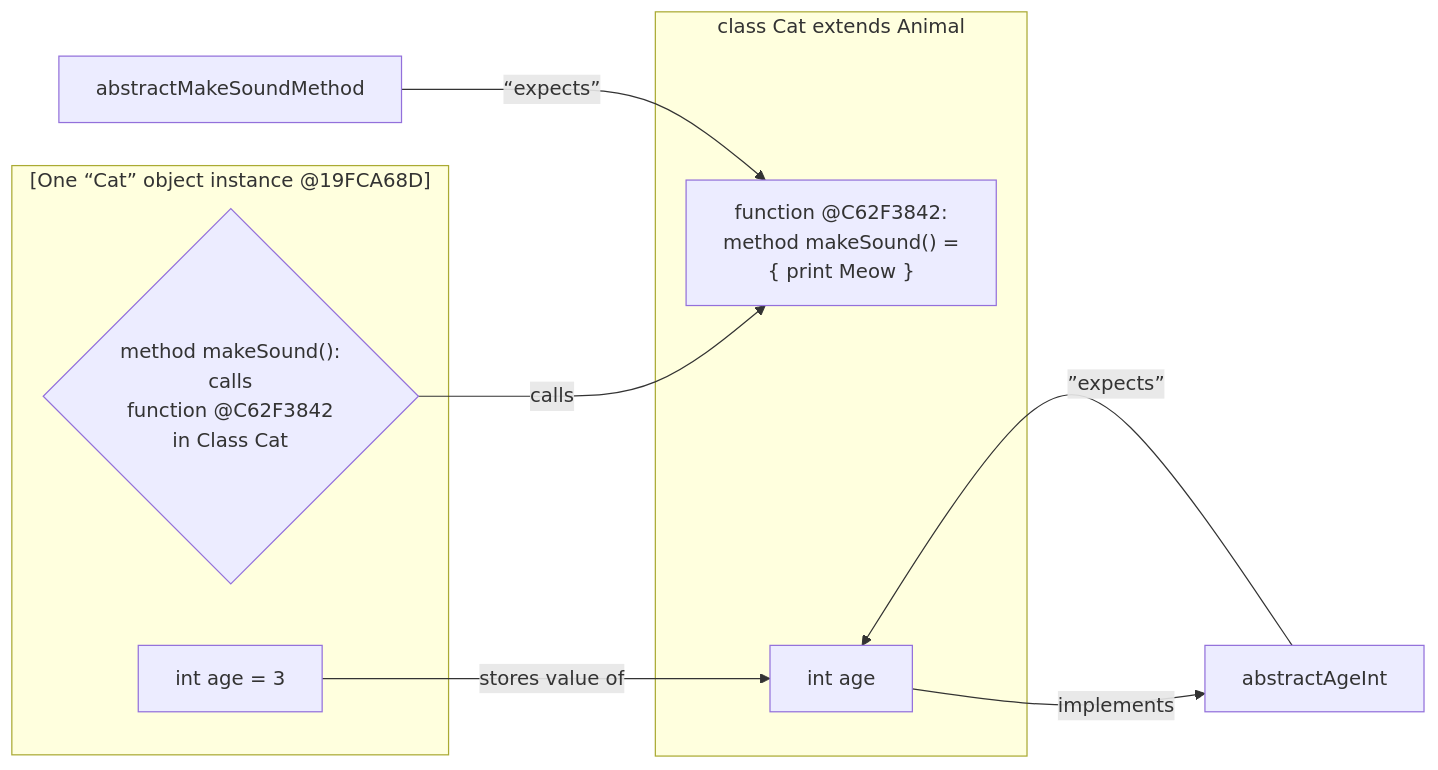
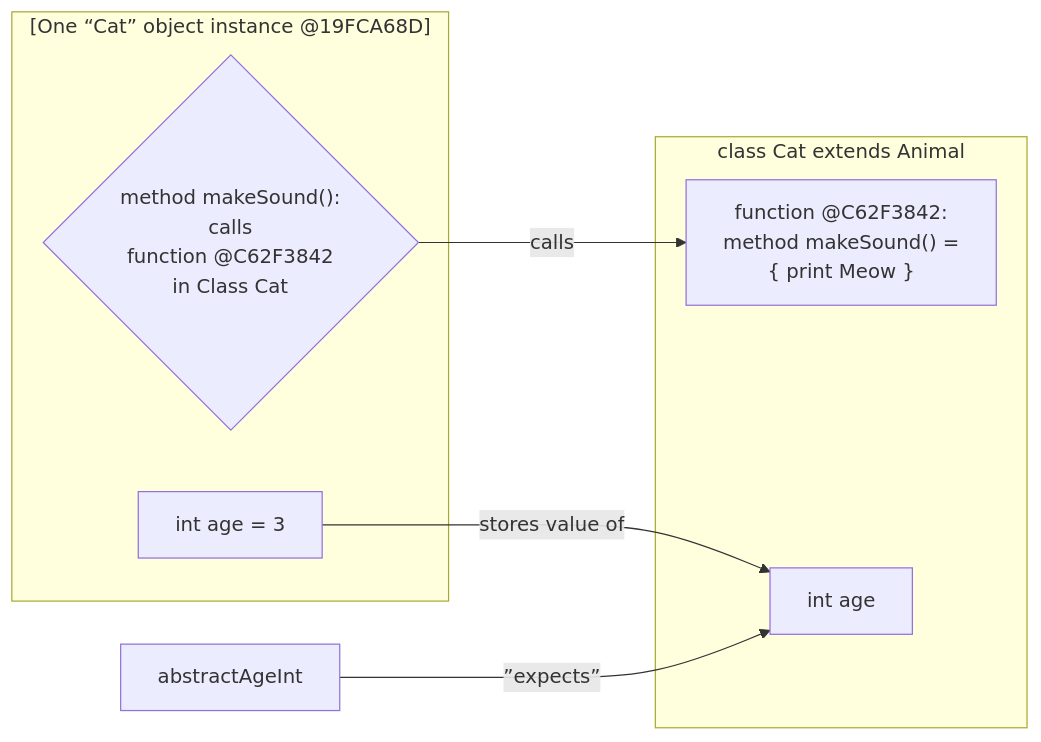
Before and after one commit to realityexpander/How_to_program_from_ground_up: the first of 5 diagrams in 09-ClassOrientedProgramming.md, drawn with Mermaid.

Commit message:
Add to COP

````diff
--- a/09-ClassOrientedProgramming.md
+++ b/09-ClassOrientedProgramming.md
@@ -28,39 +28,39 @@
     ```mermaid
       flowchart LR
       
       catObjectMakeSoundMethodFunctionPointer -- calls --> catClassMakeSoundMethod:::Object
       catObjectAgeInt -- stores value of --> catClassAgeInt
       subgraph catObject["[One “Cat” object instance @19FCA68D]"]
           catObjectAgeInt["int age = 3"]
           catObjectMakeSoundMethodFunctionPointer{"method makeSound(): 
                                              calls 
                                        function @C62F3842
                                        in Class Cat"}
       end
       subgraph classCat["class Cat extends Animal"]
           catClassAgeInt["int age"]
           catClassMakeSoundMethod["function @C62F3842:  
                       method makeSound() =
                       { print Meow }"]
       end
       abstractAgeInt -- ”expects” --> catClassAgeInt
-      abstractMakeSoundMethod -- “expects” --> catClassMakeSoundMethod:::Object
-      catClassAgeInt -- implements --> abstractAgeInt:::Abstract
+%%      abstractMakeSoundMethod -- “expects” --> catClassMakeSoundMethod:::Object
+%%      catClassAgeInt -- implements --> abstractAgeInt:::Abstract
 %%      
 %%      classCat -- creates object --> catObject:::Object
 %%      classCat -- extends --> abstractAnimal:::Abstract
 %%      catClassMakeSoundMethod -- implements --> abstractMakeSoundMethod:::Abstract
 %%      subgraph abstractAnimal["abstract class Animal"]
 %%        abstractAgeInt["abstract int age"]
 %%        abstractMakeSoundMethod["abstract method 
 %%                                 makeSound()"]
 %%      end
 %%      
 %%      classDef Abstract fill:#222, stroke:#0F0, stroke-width:1px, color:#fff, stroke-dasharray: 5 5
 %%      classDef Class fill:#444, stroke:#00F, stroke-width:1px, color:#000, stroke-dasharray: 5 5
 %%      style classCat fill:#444, stroke:#DDD, stroke-width:1px, color:#000, stroke-dasharray: 5 5
 %%      style catClassAgeInt fill:#444, stroke:#DDD, stroke-width:1px, color:#FFF, stroke-dasharray: 5 5
 %%      classDef Object fill:#55F, stroke:#FFF, stroke-width:3px, color:#fff
 %%      style catObjectAgeInt fill:#55F, stroke:#FFF, stroke-width:3px, color:#fff
 %%      style catObjectMakeSoundMethodFunctionPointer fill:#222, stroke:#DDD, stroke-width:1px, color:#000, stroke-dasharray: 5 5
     ```
````
